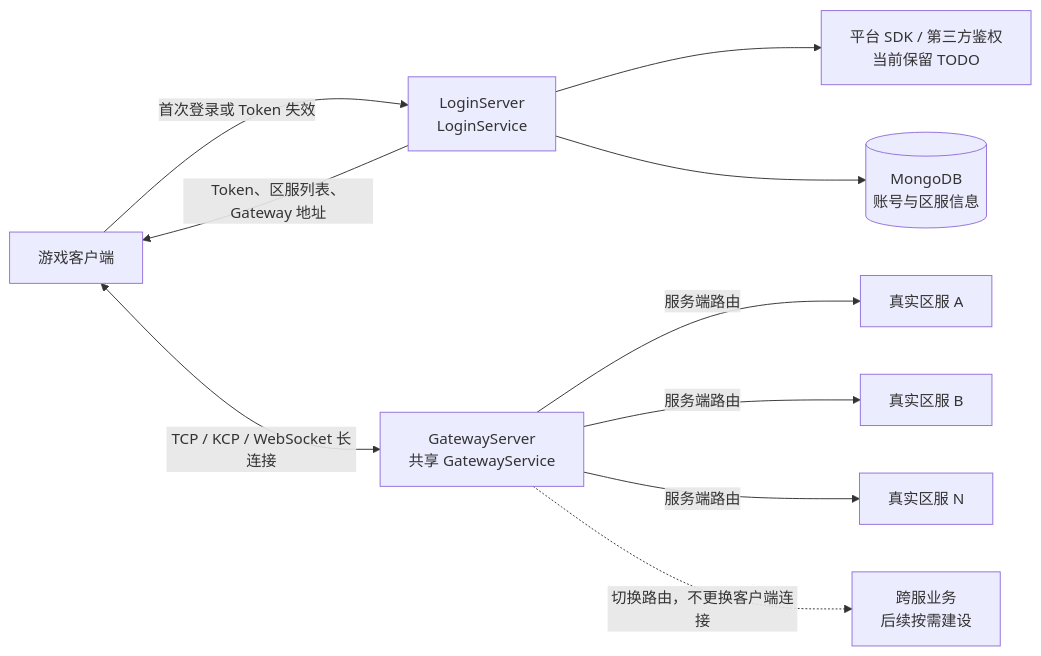
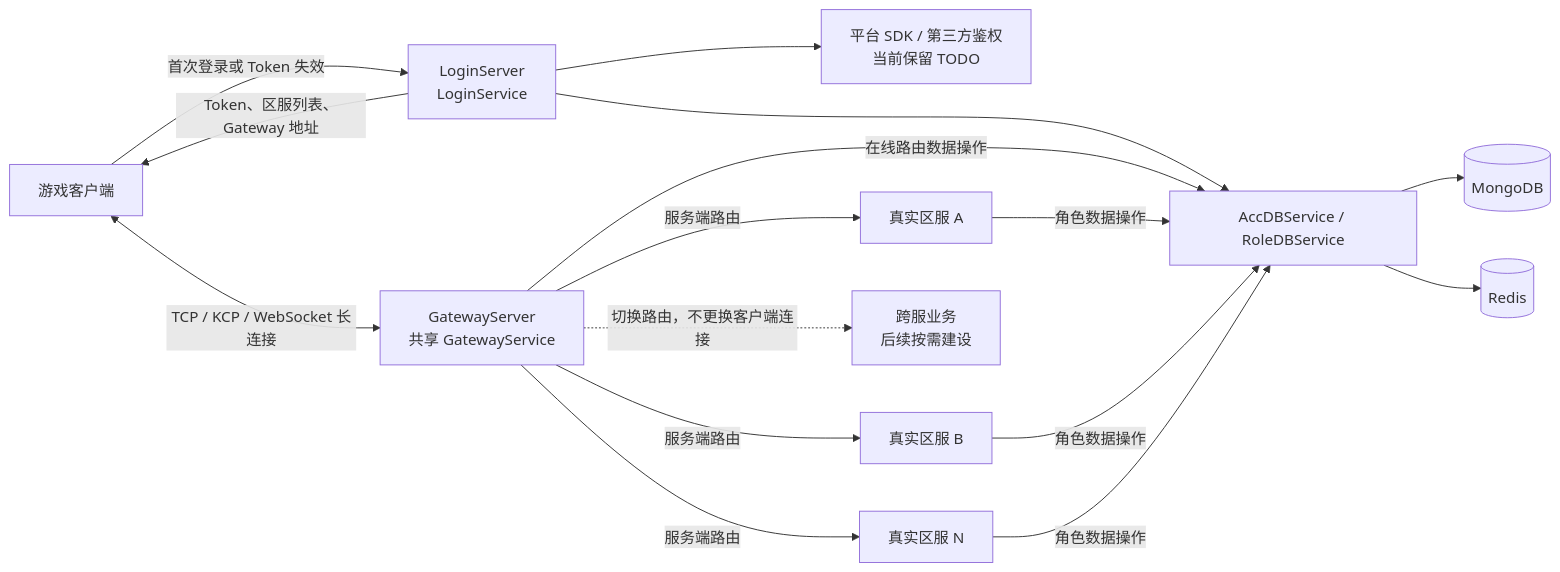
One commit to duanhf2012/origingame changed the diagram in docs/design/总体架构设计.md. Above: the diagram before and after it, drawn with Mermaid. The commit also changed other lines of this file and 4 other files, not shown here.

````diff
--- a/docs/design/总体架构设计.md
+++ b/docs/design/总体架构设计.md
@@ -31,22 +32,30 @@
 ```mermaid
 flowchart LR
     Client["游戏客户端"]
     Login["LoginServer<br/>LoginService"]
     Platform["平台 SDK / 第三方鉴权<br/>当前保留 TODO"]
-    Mongo[("MongoDB<br/>账号与区服信息")]
+    DB["AccDBService / RoleDBService"]
+    Mongo[("MongoDB")]
+    Redis[("Redis")]
     Gateway["GatewayServer<br/>共享 GatewayService"]
     AreaA["真实区服 A"]
     AreaB["真实区服 B"]
     AreaN["真实区服 N"]
     Cross["跨服业务<br/>后续按需建设"]
 
     Client -->|"首次登录或 Token 失效"| Login
     Login --> Platform
-    Login --> Mongo
+    Login --> DB
+    DB --> Mongo
+    DB --> Redis
     Login -->|"Token、区服列表、Gateway 地址"| Client
     Client <-->|"TCP / KCP / WebSocket 长连接"| Gateway
+    Gateway -->|"在线路由数据操作"| DB
     Gateway -->|"服务端路由"| AreaA
     Gateway -->|"服务端路由"| AreaB
     Gateway -->|"服务端路由"| AreaN
+    AreaA -->|"角色数据操作"| DB
+    AreaB -->|"角色数据操作"| DB
+    AreaN -->|"角色数据操作"| DB
     Gateway -.->|"切换路由，不更换客户端连接"| Cross
 ```
````
